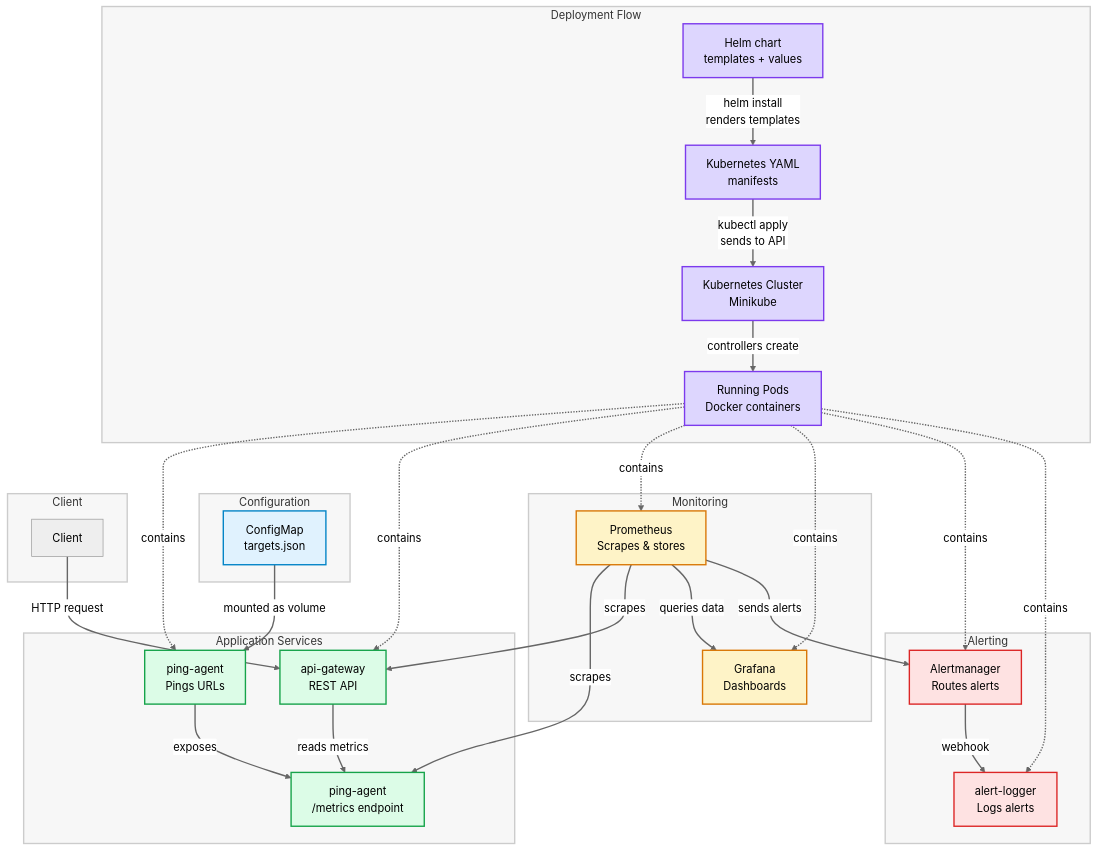
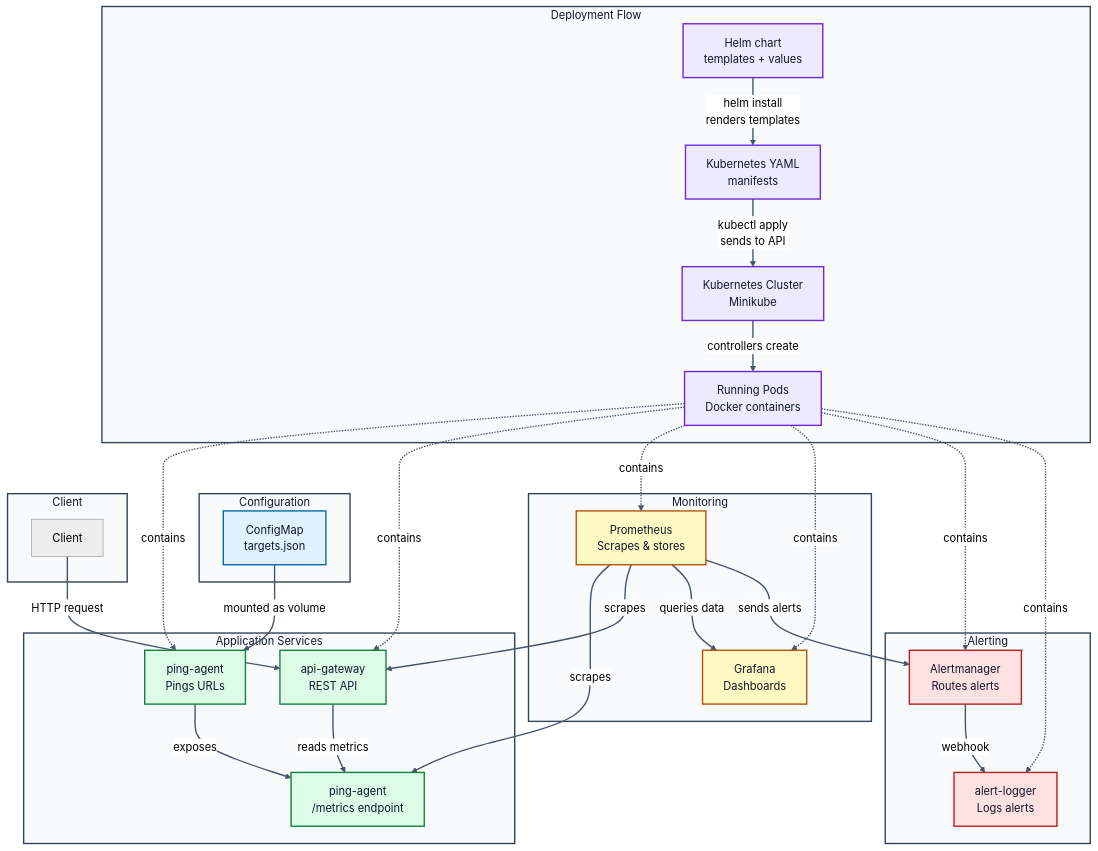
The diagram in README.md (fattah247/UpTimePulse), drawn with Mermaid (neutral theme) before and after one commit. The commit also changed other lines of this file and 1 other file, not shown here.

Commit message:
docs: update architecture and README documentation

````diff
--- a/README.md
+++ b/README.md
@@ -38,68 +38,68 @@
 ```mermaid
 flowchart TB
-  linkStyle default stroke-width:2px
-  classDef group fill:#f7f7f7,stroke:#cccccc,stroke-width:2px
-  classDef deploy fill:#ddd6fe,stroke:#7c3aed,stroke-width:2px
-  classDef config fill:#e0f2fe,stroke:#0284c7,stroke-width:2px
-  classDef service fill:#dcfce7,stroke:#16a34a,stroke-width:2px
-  classDef monitoring fill:#fef3c7,stroke:#d97706,stroke-width:2px
-  classDef alerting fill:#fee2e2,stroke:#dc2626,stroke-width:2px
+  linkStyle default stroke:#475569,stroke-width:2px
+  classDef group fill:#f8fafc,stroke:#334155,stroke-width:2px,color:#0f172a
+  classDef deploy fill:#ede9fe,stroke:#6d28d9,stroke-width:2px,color:#0f172a
+  classDef config fill:#e0f2fe,stroke:#0369a1,stroke-width:2px,color:#0f172a
+  classDef service fill:#dcfce7,stroke:#15803d,stroke-width:2px,color:#0f172a
+  classDef monitoring fill:#fef9c3,stroke:#b45309,stroke-width:2px,color:#0f172a
+  classDef alerting fill:#fee2e2,stroke:#b91c1c,stroke-width:2px,color:#0f172a
 
   subgraph Deploy["Deployment Flow"]
     helm[Helm chart<br/>templates + values]
     k8sYAML[Kubernetes YAML<br/>manifests]
     k8sCluster[Kubernetes Cluster<br/>Minikube]
     pods[Running Pods<br/>Docker containers]
     helm -->|"helm install<br/>renders templates"| k8sYAML
     k8sYAML -->|"kubectl apply<br/>sends to API"| k8sCluster
     k8sCluster -->|"controllers create"| pods
   end
 
   subgraph Config["Configuration"]
     targets[ConfigMap<br/>targets.json]
   end
 
   subgraph Services["Application Services"]
     ping[ping-agent<br/>Pings URLs]
     api[api-gateway<br/>REST API]
     metrics[ping-agent<br/>/metrics endpoint]
   end
 
   subgraph Monitoring["Monitoring"]
     prom[Prometheus<br/>Scrapes & stores]
     grafana[Grafana<br/>Dashboards]
   end
 
   subgraph Alerting["Alerting"]
     alert[Alertmanager<br/>Routes alerts]
     logger[alert-logger<br/>Logs alerts]
   end
 
   subgraph Client["Client"]
     client[Client]
   end
 
   targets -->|"mounted as volume"| ping
   ping -->|"exposes"| metrics
   client -->|"HTTP request"| api
   api -->|"reads metrics"| metrics
   prom -->|"scrapes"| metrics
   prom -->|"scrapes"| api
   prom -->|"queries data"| grafana
   prom -->|"sends alerts"| alert
   alert -->|"webhook"| logger
 
   pods -.->|"contains"| ping
   pods -.->|"contains"| api
   pods -.->|"contains"| prom
   pods -.->|"contains"| grafana
   pods -.->|"contains"| alert
   pods -.->|"contains"| logger
 
   class Deploy,Config,Services,Monitoring,Alerting,Client group
   class helm,k8sYAML,k8sCluster,pods deploy
   class targets config
   class ping,api,metrics service
   class prom,grafana monitoring
   class alert,logger alerting
 ```
````
